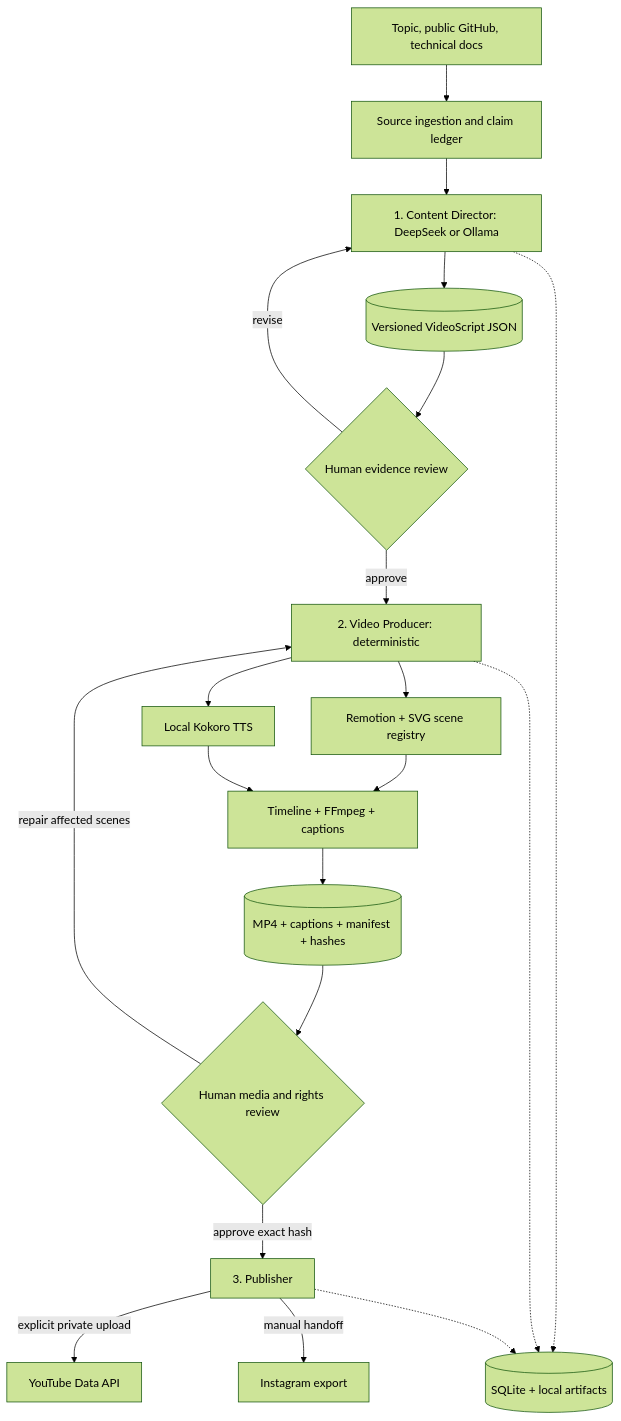
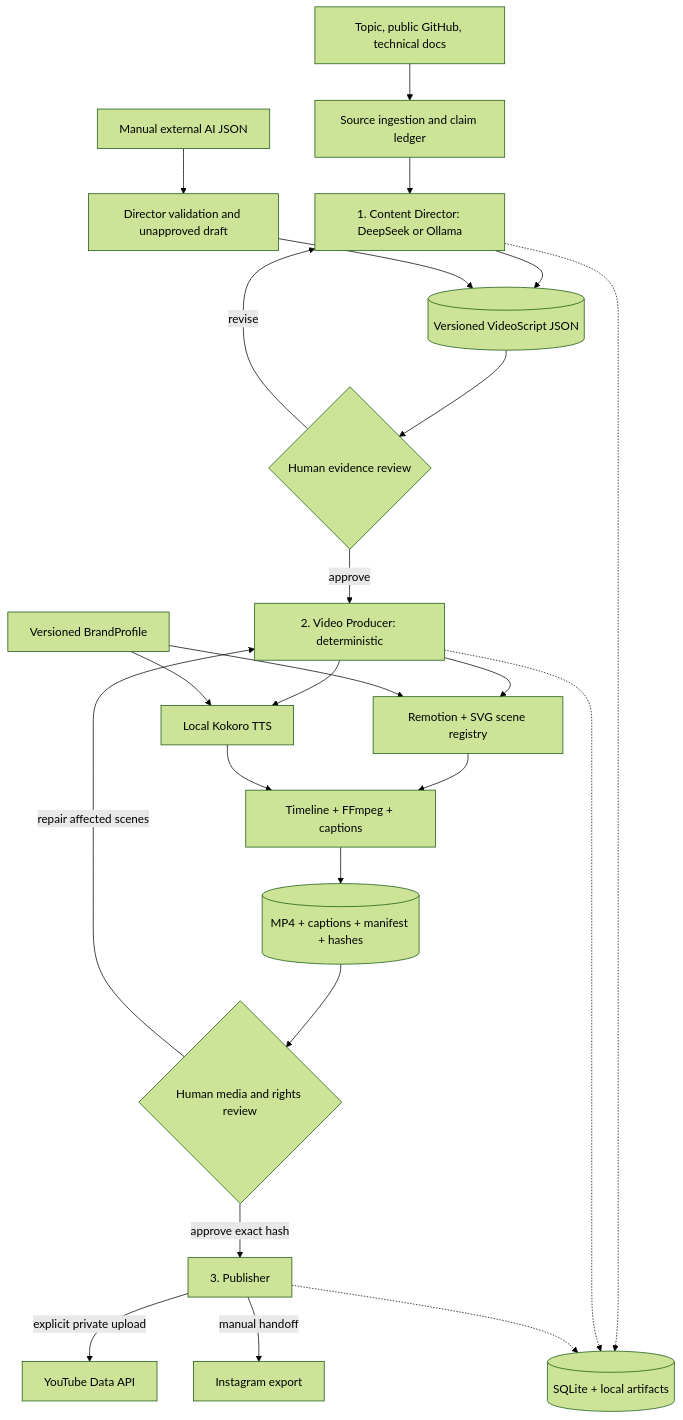
The diagram in ARCHITECTURE.md (angshumanSarmah/tech-explainer-studio), drawn with Mermaid (forest theme) before and after one commit. The commit also changed other lines of this file and 46 other files, not shown here.

First line of the commit message:
feat: add unified Director and brand profiles

````diff
--- a/ARCHITECTURE.md
+++ b/ARCHITECTURE.md
@@ -12,22 +12,26 @@
 ```mermaid
 flowchart TB
     Topic[Topic, public GitHub, technical docs] --> Source[Source ingestion and claim ledger]
     Source --> Director[1. Content Director: DeepSeek or Ollama]
     Director --> Script[(Versioned VideoScript JSON)]
+    External[Manual external AI JSON] --> Import[Director validation and unapproved draft]
+    Import --> Script
     Script --> Factual{Human evidence review}
     Factual -->|revise| Director
     Factual -->|approve| Producer[2. Video Producer: deterministic]
     Producer --> Scene[Remotion + SVG scene registry]
     Producer --> Voice[Local Kokoro TTS]
     Scene --> Assembly[Timeline + FFmpeg + captions]
     Voice --> Assembly
+    Brand[Versioned BrandProfile] --> Scene
+    Brand --> Voice
     Assembly --> Artifact[(MP4 + captions + manifest + hashes)]
     Artifact --> Media{Human media and rights review}
     Media -->|repair affected scenes| Producer
     Media -->|approve exact hash| Publisher[3. Publisher]
     Publisher -->|explicit private upload| YouTube[YouTube Data API]
     Publisher -->|manual handoff| Instagram[Instagram export]
     Director -.-> State[(SQLite + local artifacts)]
     Producer -.-> State
     Publisher -.-> State
 ```
````
